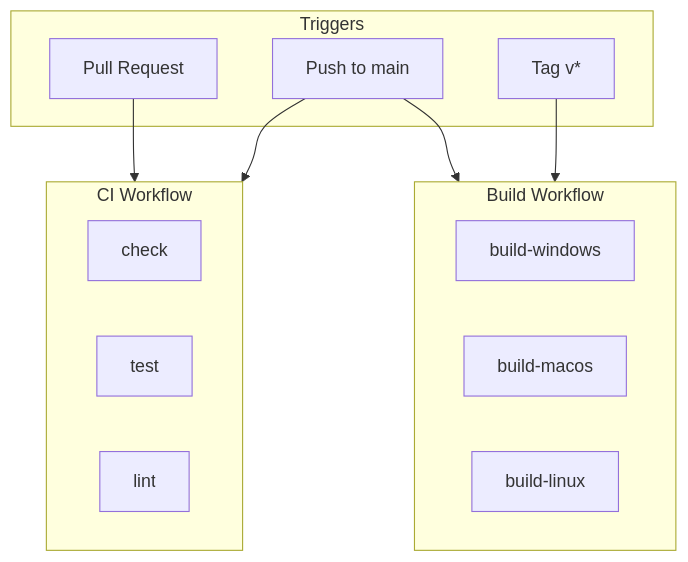
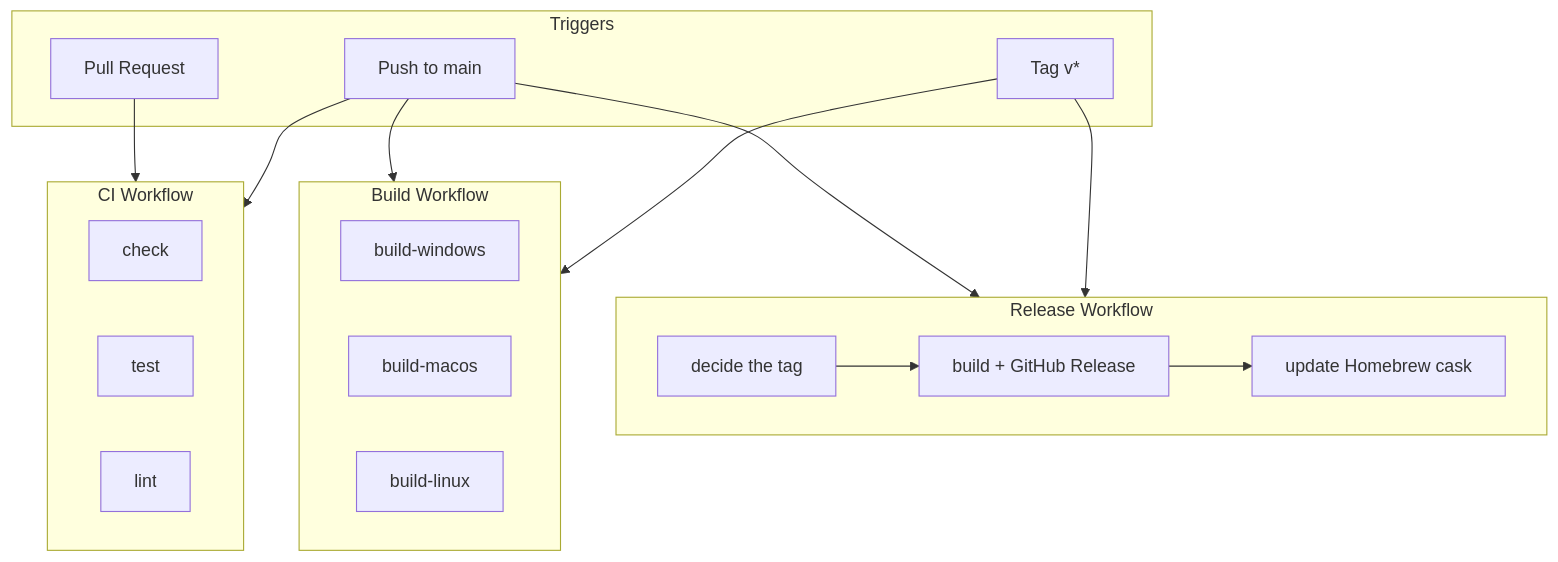
The diagram in docs-site/docs/development/ci.md (koedame/jamjam-client), drawn with Mermaid before and after one commit. The commit also changed other lines of this file and 2 other files, not shown here.

First line of the commit message:
Release a beta on every push to main

````diff
--- a/docs-site/docs/development/ci.md
+++ b/docs-site/docs/development/ci.md
@@ -26,25 +26,34 @@
 ```mermaid
 flowchart TD
     subgraph Triggers
         PR[Pull Request]
         Push[Push to main]
         Tag[Tag v*]
     end
 
     subgraph CI["CI Workflow"]
         Check[check]
         Test[test]
         Lint[lint]
     end
 
     subgraph Build["Build Workflow"]
         BuildWin[build-windows]
         BuildMac[build-macos]
         BuildLinux[build-linux]
     end
 
+    subgraph Release["Release Workflow"]
+        Prepare[decide the tag]
+        Publish[build + GitHub Release]
+        Cask[update Homebrew cask]
+    end
+
     PR --> CI
     Push --> CI
     Push --> Build
     Tag --> Build
+    Push --> Release
+    Tag --> Release
+    Prepare --> Publish --> Cask
 ```
````
